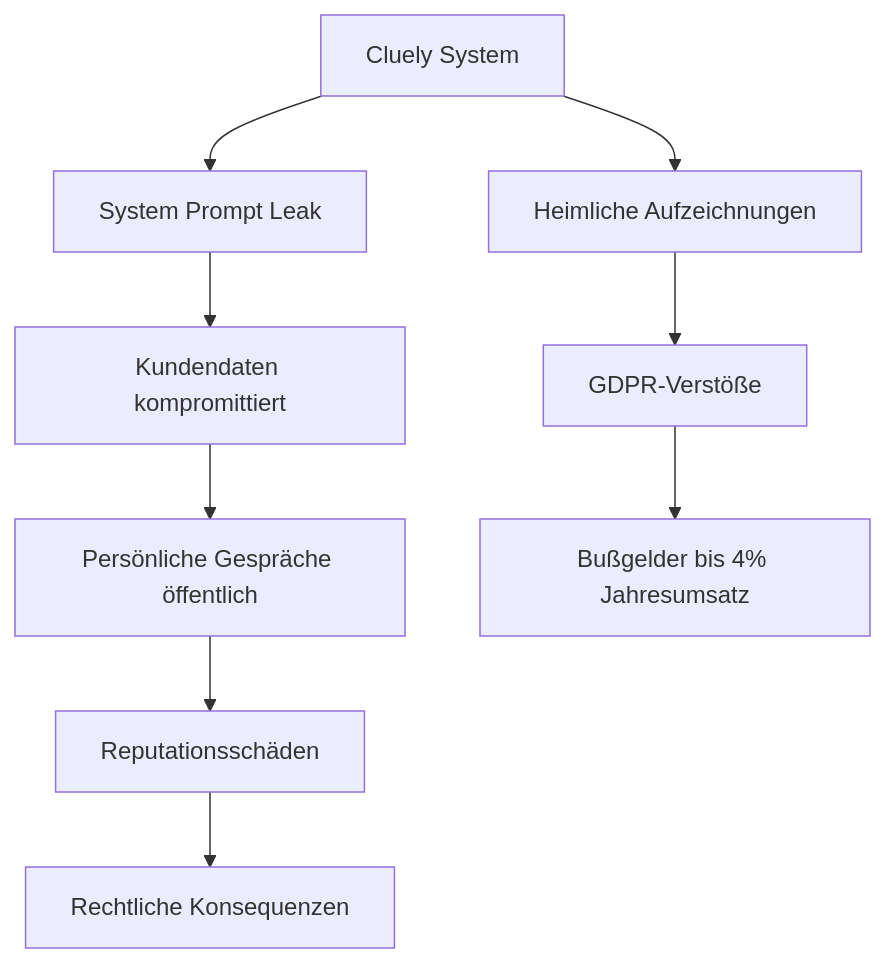
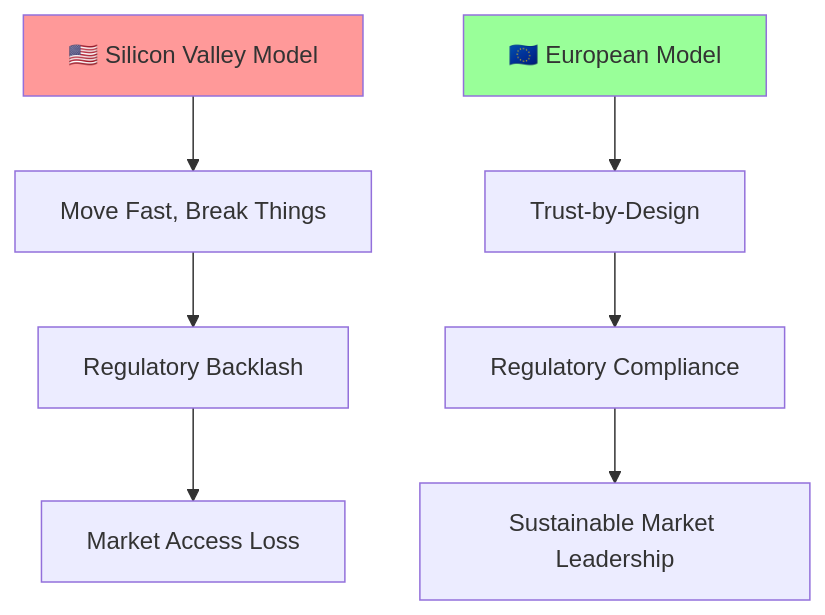
The first of 6 diagrams in docs/blog/posts/2025-06-23-transparenz-statt-taeuschung-cluely-kontroverse.md (satwareAG/satware.ai), drawn with Mermaid before and after one commit. The commit also changed other lines of this file, not shown here.

````diff
--- a/docs/blog/posts/2025-06-23-transparenz-statt-taeuschung-cluely-kontroverse.md
+++ b/docs/blog/posts/2025-06-23-transparenz-statt-taeuschung-cluely-kontroverse.md
@@ -48,12 +62,14 @@
 ```mermaid
-flowchart TD
-    A[Cluely System] --> B[System Prompt Leak]
-    B --> C[Kundendaten kompromittiert]
-    C --> D[Persönliche Gespräche öffentlich]
-    D --> E[Reputationsschäden]
-    E --> F[Rechtliche Konsequenzen]
+graph TD
+    A["🇺🇸 Silicon Valley Model"] --> B[Move Fast, Break Things]
+    B --> C[Regulatory Backlash]
+    C --> D[Market Access Loss]
     
-    A --> G[Heimliche Aufzeichnungen]
-    G --> H[GDPR-Verstöße]
-    H --> I[Bußgelder bis 4% Jahresumsatz]
+    E["🇪🇺 European Model"] --> F[Trust-by-Design]
+    F --> G[Regulatory Compliance]
+    G --> H[Sustainable Market Leadership]
+    
+    style A fill:#ff9999
+    style E fill:#99ff99
+    style H fill:#gold
 ```
````
